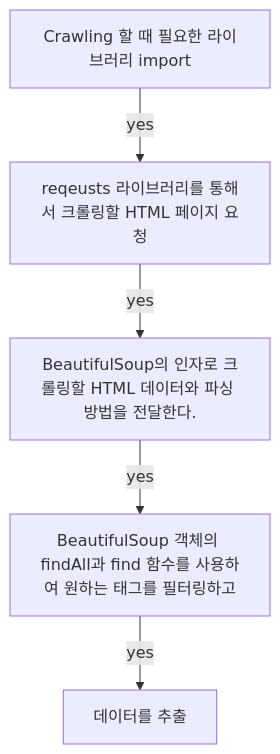
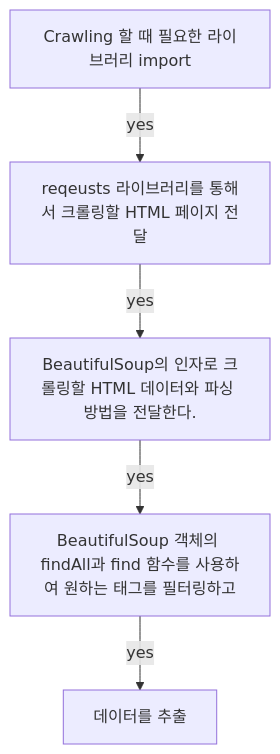
One commit to mchaemil/mchaemil.github.io changed the first of 3 diagrams in _posts/2019-12-09-python-web-crawling.md. Above: the diagram before and after it, drawn with Mermaid. The commit also changed other lines of this file, not shown here.

````diff
--- a/_posts/2019-12-09-python-web-crawling.md
+++ b/_posts/2019-12-09-python-web-crawling.md
@@ -53,13 +53,13 @@
 ```mermaid
 graph TB;
     A[Crawling 할 때 필요한 라이브러리 import]
-    B[reqeusts 라이브러리를 통해서 크롤링할 HTML 페이지 요청]
+    B[reqeusts 라이브러리를 통해서 크롤링할 HTML 페이지 전달]
 	C[BeautifulSoup의 인자로 크롤링할 HTML 데이터와 파싱 방법을 전달한다.]    
     D[BeautifulSoup 객체의 findAll과 find 함수를 사용하여 원하는 태그를 필터링하고]
 	E[데이터를 추출]
     A--yes-->B;
     B--yes-->C;
     C--yes-->D;	
     D--yes-->E;
 	
 ```
````
